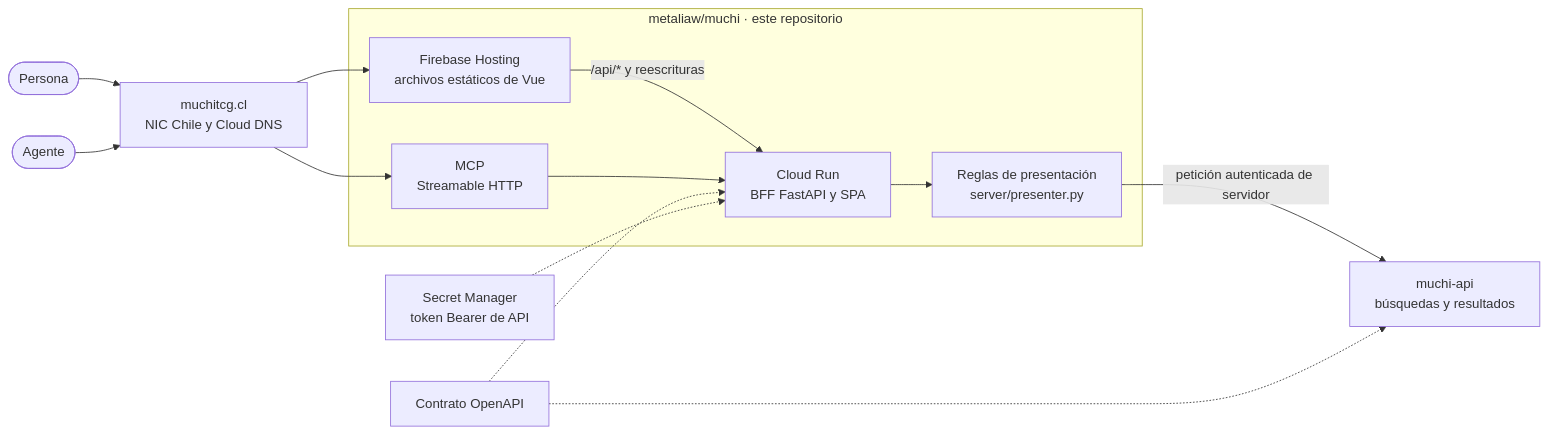
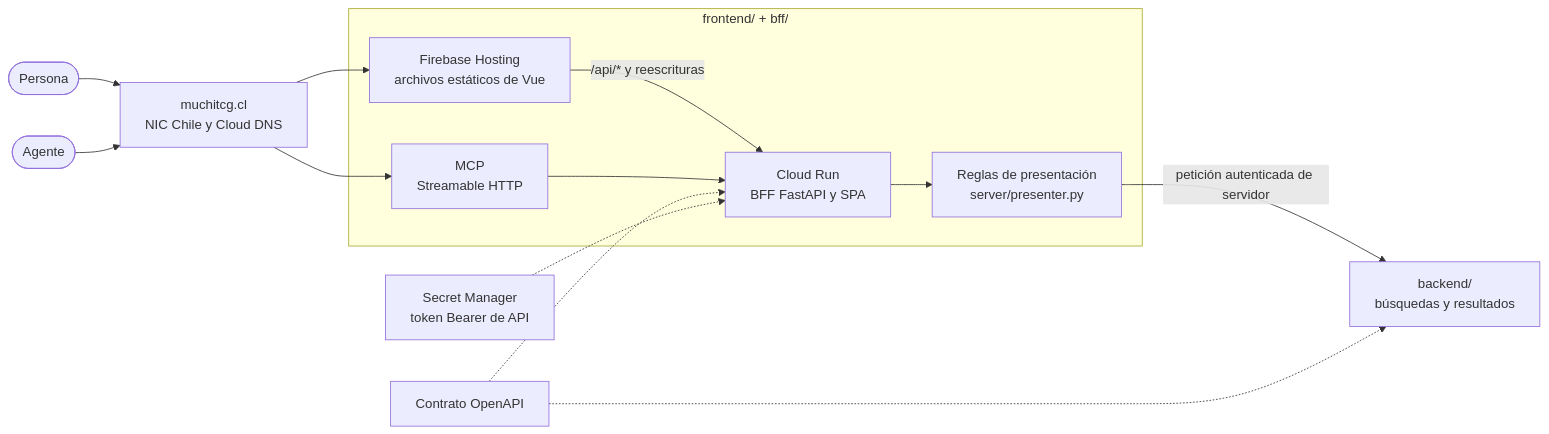
The first of 2 diagrams in docs/architecture.es.md (metaliaw/muchi), drawn with Mermaid before and after one commit. The commit also changed other lines of this file and 70 other files, not shown here.

First line of the commit message:
Point the docs and the front's API link at backend/

````diff
--- a/docs/architecture.es.md
+++ b/docs/architecture.es.md
@@ -15,27 +14,27 @@
 ```mermaid
 flowchart LR
     person([Persona])
     agent([Agente])
     dns["muchitcg.cl<br/>NIC Chile y Cloud DNS"]
 
-    subgraph front["metaliaw/muchi · este repositorio"]
+    subgraph front["frontend/ + bff/"]
         hosting["Firebase Hosting<br/>archivos estáticos de Vue"]
         bff["Cloud Run<br/>BFF FastAPI y SPA"]
         mcp["MCP<br/>Streamable HTTP"]
         presenter["Reglas de presentación<br/>server/presenter.py"]
         hosting -->|"/api/* y reescrituras"| bff
         mcp --> bff
         bff --> presenter
     end
 
-    api["muchi-api<br/>búsquedas y resultados"]
+    api["backend/<br/>búsquedas y resultados"]
     contract["Contrato OpenAPI"]
     secret["Secret Manager<br/>token Bearer de API"]
 
     person --> dns --> hosting
     agent --> dns --> mcp
     presenter -->|"petición autenticada de servidor"| api
     contract -.-> bff
     contract -.-> api
     secret -.-> bff
 ```
````
